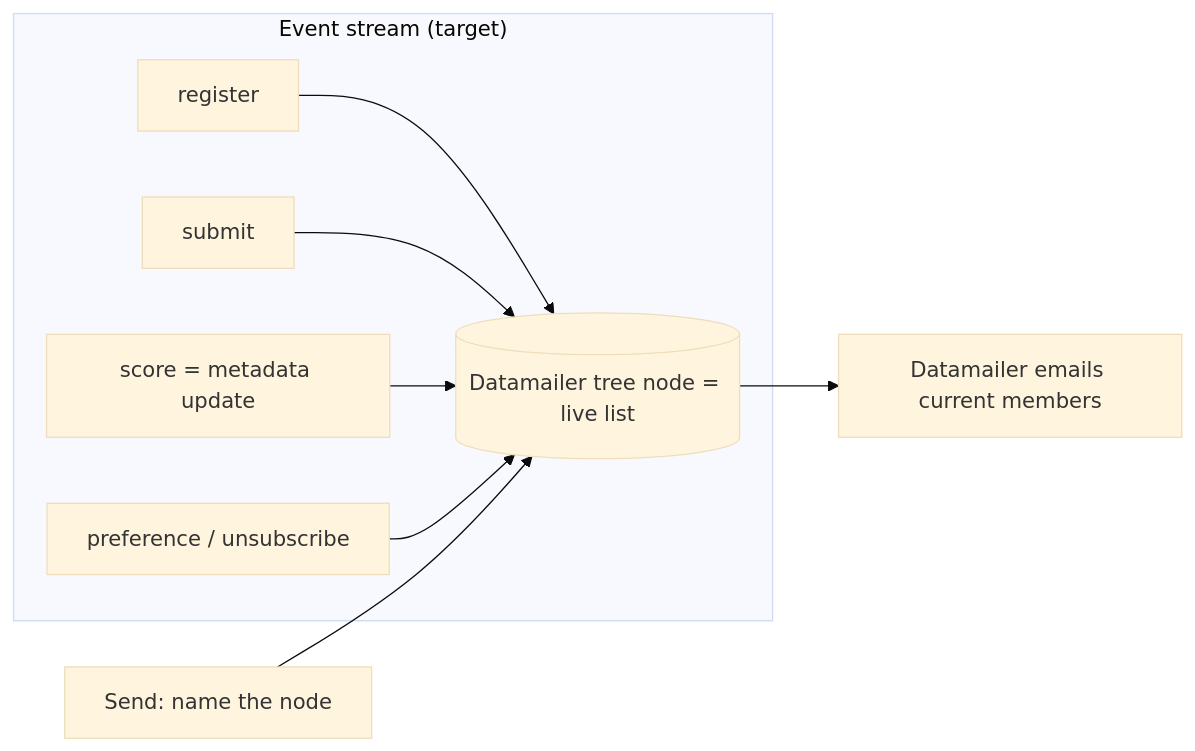
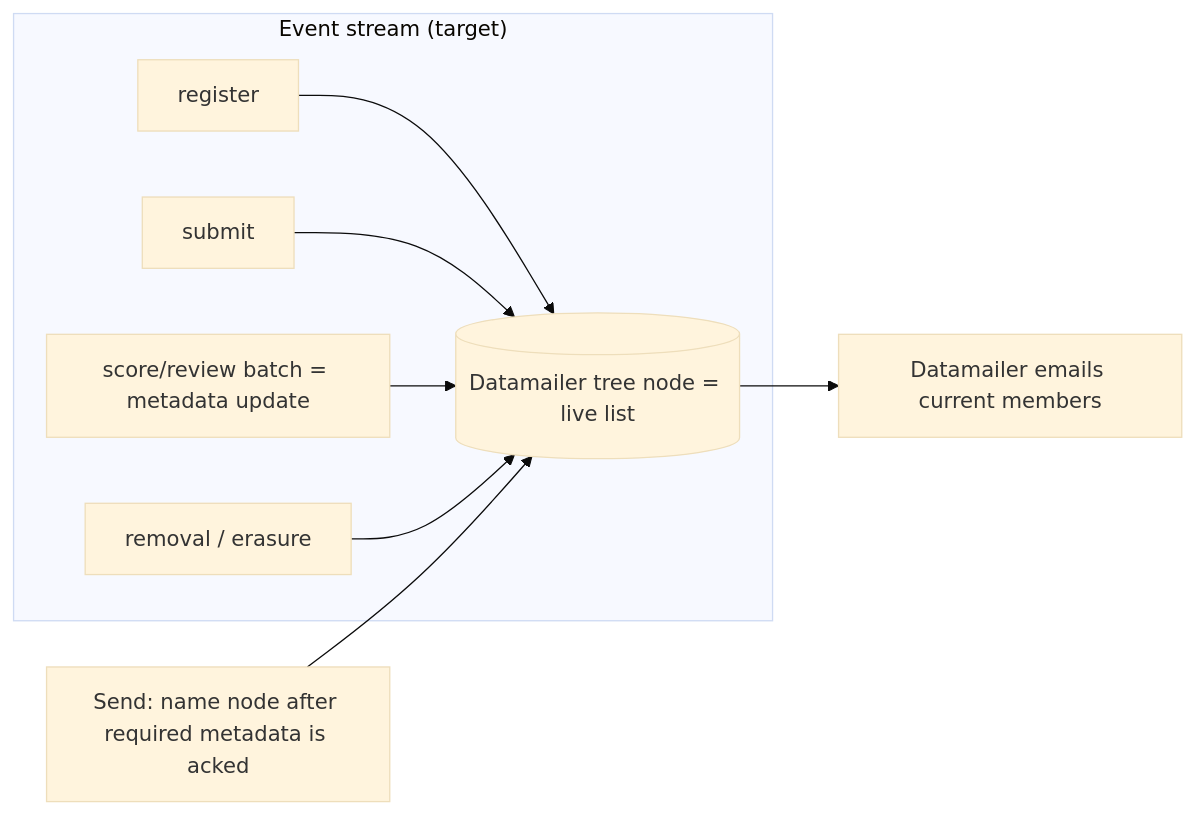
The third of 17 diagrams in docs/datamailer-integration.md (DataTalksClub/course-management-platform), drawn with Mermaid (base theme) before and after one commit. The commit also changed other lines of this file and 1 other file, not shown here.

````diff
--- a/docs/datamailer-integration.md
+++ b/docs/datamailer-integration.md
@@ -264,12 +294,12 @@
 ```mermaid
 flowchart LR
     subgraph events["Event stream (target)"]
         e1[register] --> L
         e2[submit] --> L
-        e3[score = metadata update] --> L
-        e4[preference / unsubscribe] --> L
+        e3[score/review batch = metadata update] --> L
+        e4[removal / erasure] --> L
     end
     L[(Datamailer tree node = live list)]
-    send[Send: name the node] --> L
+    send[Send: name node after required metadata is acked] --> L
     L --> mail[Datamailer emails current members]
 ```
````
